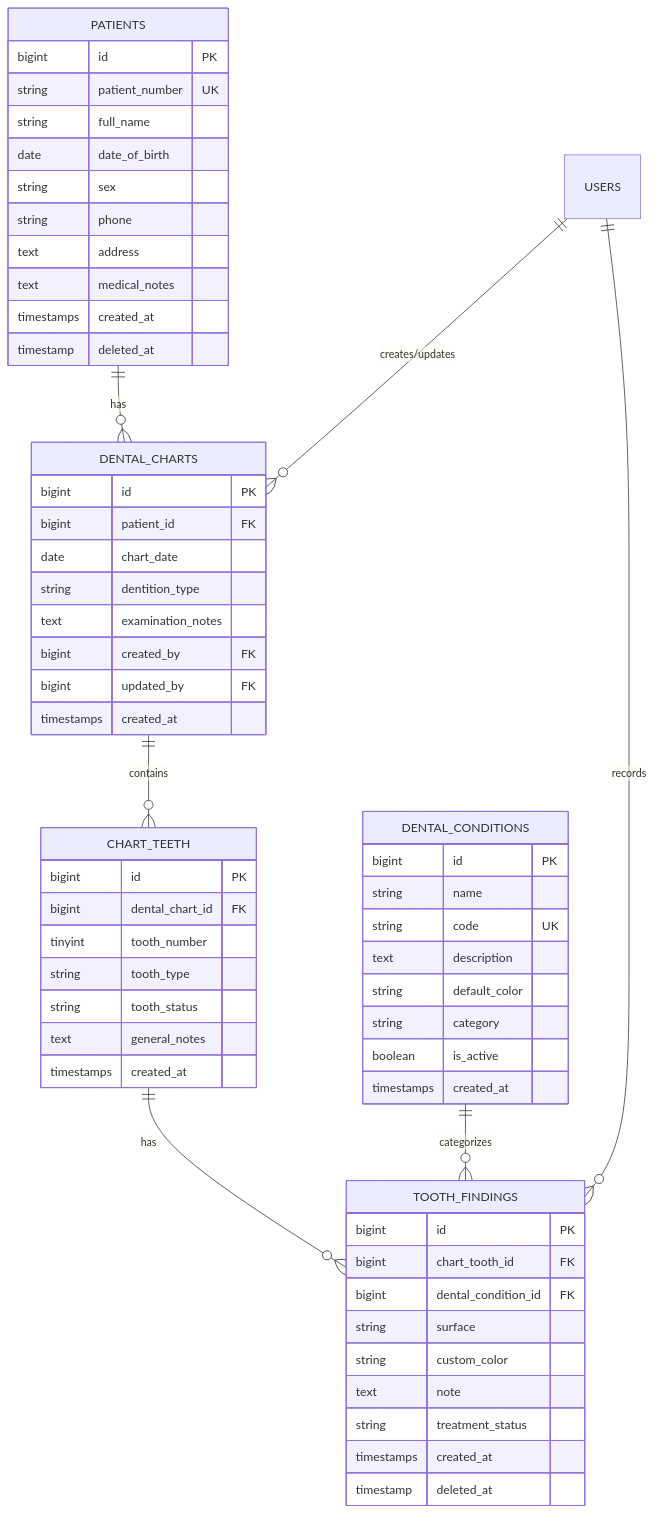
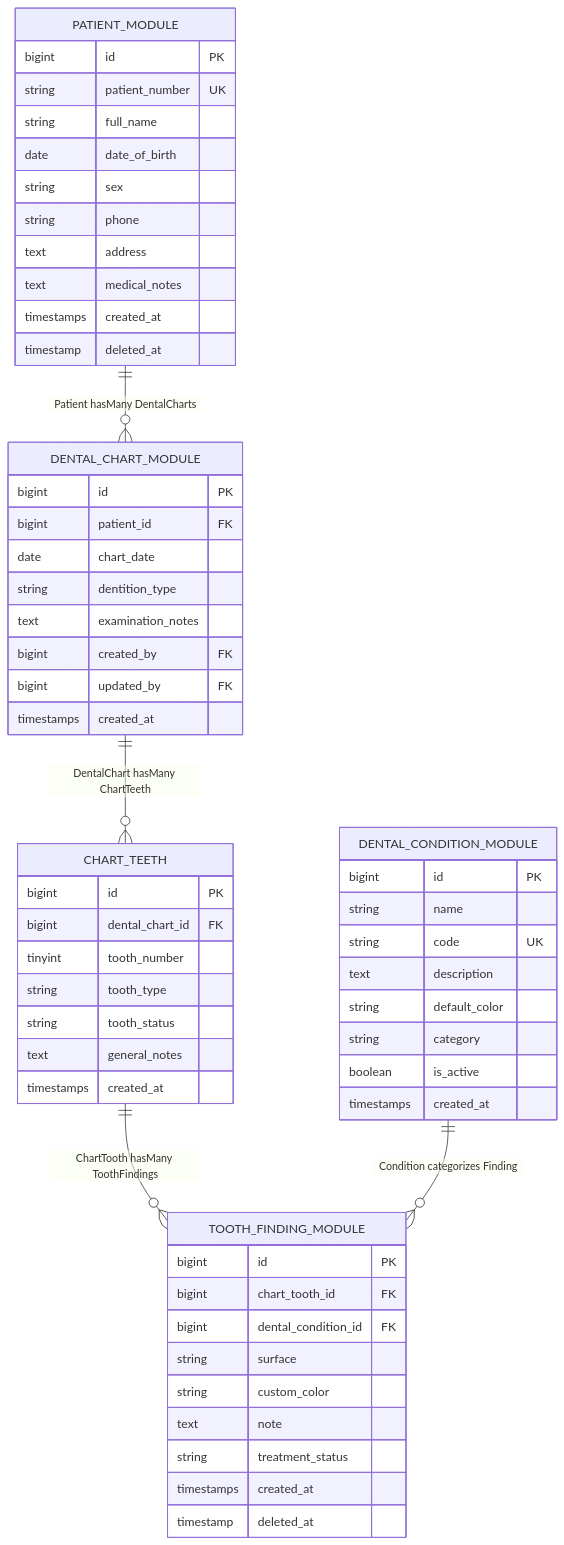
Before and after one commit to vanrecord/dental-chart: the diagram in DEVELOPMENT_HISTORY.md, drawn with Mermaid. The commit also changed other lines of this file and 292 other files, not shown here.

Commit message:
refactor: modularize odontogram management into Laravel Modules (Core, Patient, DentalChart, DentalCondition, ToothFinding, ActivityLog)

````diff
--- a/DEVELOPMENT_HISTORY.md
+++ b/DEVELOPMENT_HISTORY.md
@@ -93,66 +121,64 @@
 ```mermaid
 erDiagram
-    PATIENTS ||--o{ DENTAL_CHARTS : "has"
-    USERS ||--o{ DENTAL_CHARTS : "creates/updates"
-    DENTAL_CHARTS ||--o{ CHART_TEETH : "contains"
-    CHART_TEETH ||--o{ TOOTH_FINDINGS : "has"
-    DENTAL_CONDITIONS ||--o{ TOOTH_FINDINGS : "categorizes"
-    USERS ||--o{ TOOTH_FINDINGS : "records"
+    PATIENT_MODULE ||--o{ DENTAL_CHART_MODULE : "Patient hasMany DentalCharts"
+    DENTAL_CHART_MODULE ||--o{ CHART_TEETH : "DentalChart hasMany ChartTeeth"
+    CHART_TEETH ||--o{ TOOTH_FINDING_MODULE : "ChartTooth hasMany ToothFindings"
+    DENTAL_CONDITION_MODULE ||--o{ TOOTH_FINDING_MODULE : "Condition categorizes Finding"
 
-    PATIENTS {
+    PATIENT_MODULE {
         bigint id PK
         string patient_number UK
         string full_name
         date date_of_birth
         string sex
         string phone
         text address
         text medical_notes
         timestamps created_at
         timestamp deleted_at
     }
 
-    DENTAL_CHARTS {
+    DENTAL_CHART_MODULE {
         bigint id PK
         bigint patient_id FK
         date chart_date
         string dentition_type
         text examination_notes
         bigint created_by FK
         bigint updated_by FK
         timestamps created_at
     }
 
     CHART_TEETH {
         bigint id PK
         bigint dental_chart_id FK
         tinyint tooth_number
         string tooth_type
         string tooth_status
         text general_notes
         timestamps created_at
     }
 
-    DENTAL_CONDITIONS {
+    DENTAL_CONDITION_MODULE {
         bigint id PK
         string name
         string code UK
         text description
         string default_color
         string category
         boolean is_active
         timestamps created_at
     }
 
-    TOOTH_FINDINGS {
+    TOOTH_FINDING_MODULE {
         bigint id PK
         bigint chart_tooth_id FK
         bigint dental_condition_id FK
         string surface
         string custom_color
         text note
         string treatment_status
         timestamps created_at
         timestamp deleted_at
     }
 ```
````
